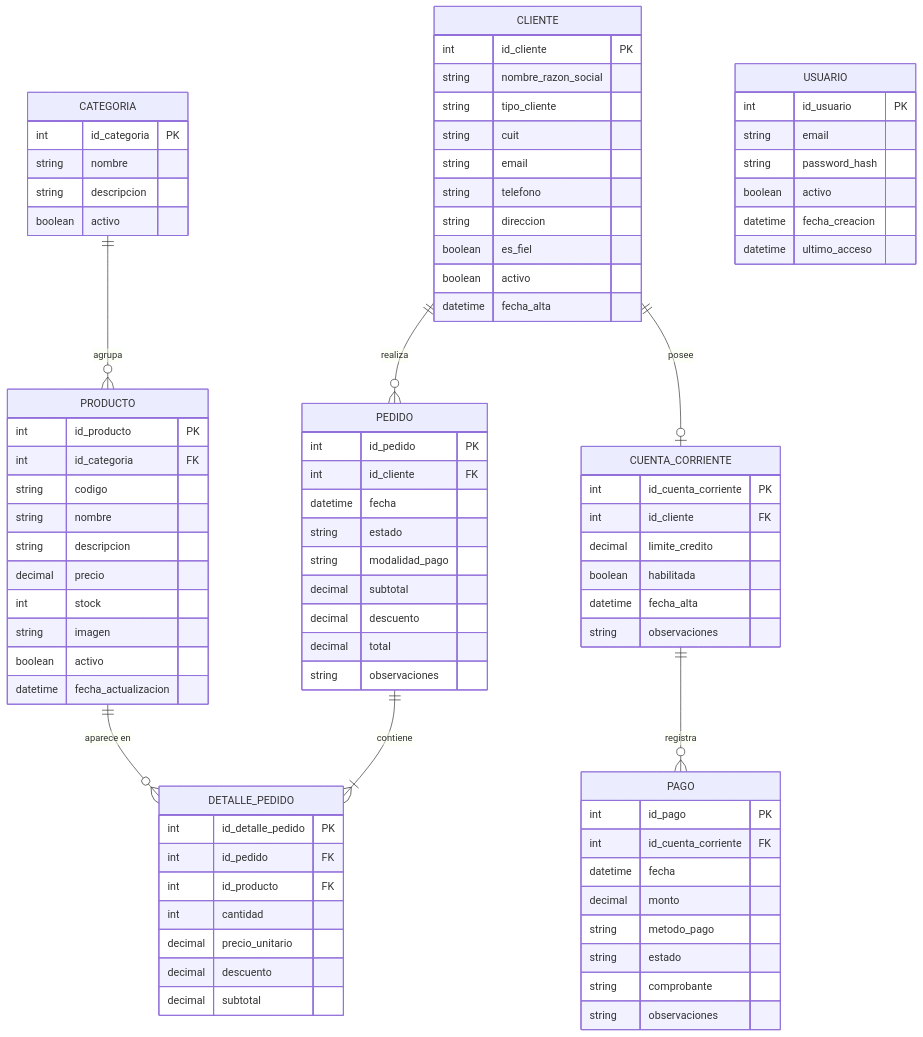
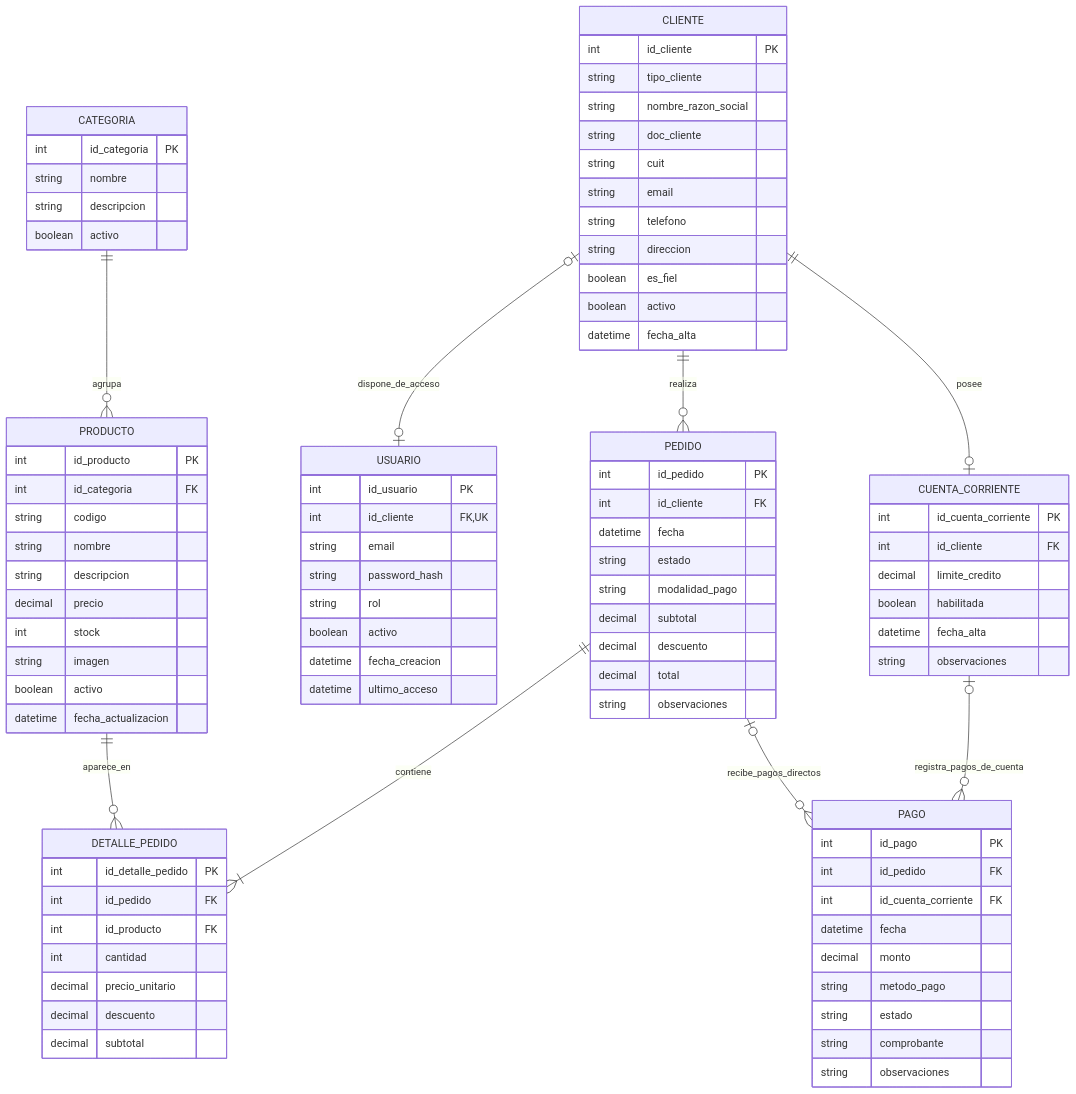
One commit to Sannlehnert/ferrepatagonia-industrial changed the diagram in docs/modelo-datos/mer-ferrepatagonia.md. Above: the diagram before and after it, drawn with Mermaid. The commit also changed other lines of this file, not shown here.

Commit message:
docs: actualizar MER con usuarios, roles y pagos

````diff
--- a/docs/modelo-datos/mer-ferrepatagonia.md
+++ b/docs/modelo-datos/mer-ferrepatagonia.md
@@ -13,19 +5,5 @@
 ```mermaid
 erDiagram
-
-    CLIENTE {
-        int id_cliente PK
-        string nombre_razon_social
-        string tipo_cliente
-        string cuit
-        string email
-        string telefono
-        string direccion
-        boolean es_fiel
-        boolean activo
-        datetime fecha_alta
-    }
-
     CATEGORIA {
         int id_categoria PK
         string nombre
@@ -44,6 +22,31 @@
         string imagen
         boolean activo
         datetime fecha_actualizacion
+    }
+
+    CLIENTE {
+        int id_cliente PK
+        string tipo_cliente
+        string nombre_razon_social
+        string doc_cliente
+        string cuit
+        string email
+        string telefono
+        string direccion
+        boolean es_fiel
+        boolean activo
+        datetime fecha_alta
+    }
+
+    USUARIO {
+        int id_usuario PK
+        int id_cliente FK,UK
+        string email
+        string password_hash
+        string rol
+        boolean activo
+        datetime fecha_creacion
+        datetime ultimo_acceso
     }
 
     PEDIDO {
@@ -79,6 +82,7 @@
 
     PAGO {
         int id_pago PK
+        int id_pedido FK
         int id_cuenta_corriente FK
         datetime fecha
         decimal monto
@@ -88,19 +92,12 @@
         string observaciones
     }
 
-    USUARIO {
-        int id_usuario PK
-        string email
-        string password_hash
-        boolean activo
-        datetime fecha_creacion
-        datetime ultimo_acceso
-    }
-
+    CATEGORIA ||--o{ PRODUCTO : agrupa
+    PRODUCTO ||--o{ DETALLE_PEDIDO : aparece_en
     CLIENTE ||--o{ PEDIDO : realiza
     PEDIDO ||--|{ DETALLE_PEDIDO : contiene
-    PRODUCTO ||--o{ DETALLE_PEDIDO : "aparece en"
-    CATEGORIA ||--o{ PRODUCTO : agrupa
     CLIENTE ||--o| CUENTA_CORRIENTE : posee
-    CUENTA_CORRIENTE ||--o{ PAGO : registra
+    CLIENTE o|--o| USUARIO : dispone_de_acceso
+    PEDIDO o|--o{ PAGO : recibe_pagos_directos
+    CUENTA_CORRIENTE o|--o{ PAGO : registra_pagos_de_cuenta
 ```
````
